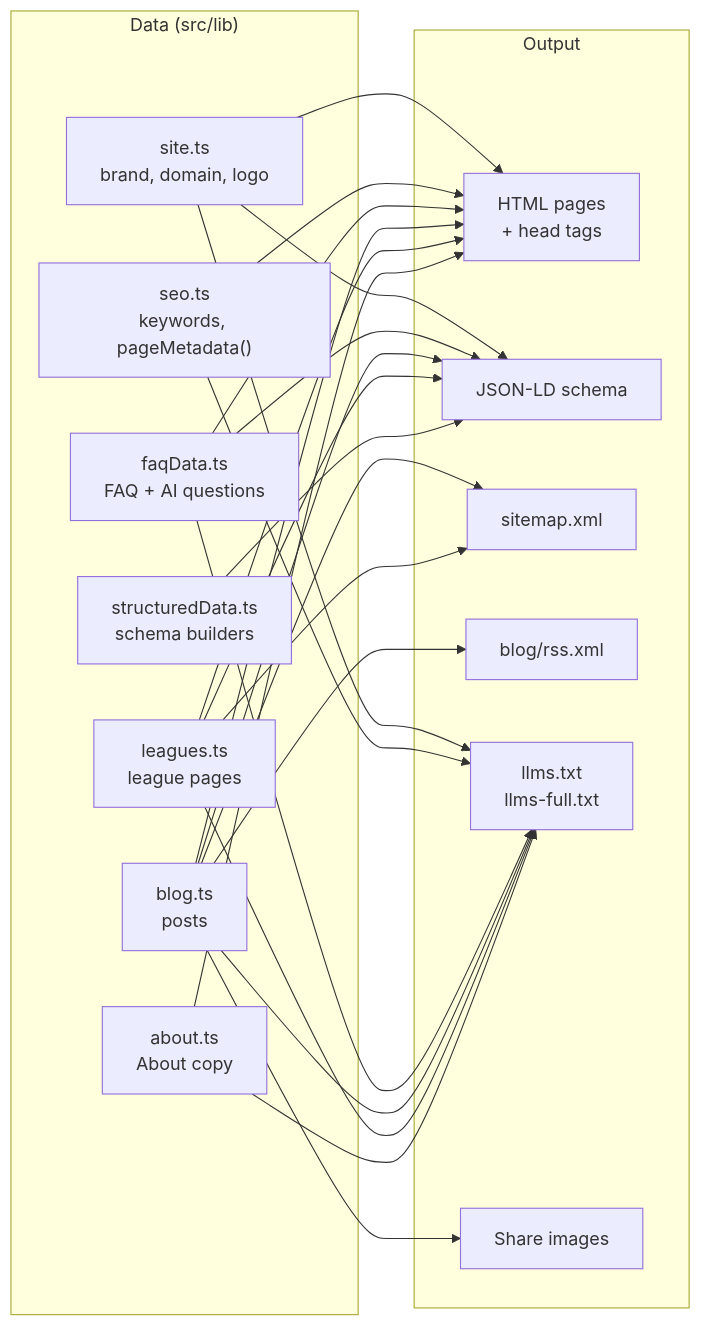
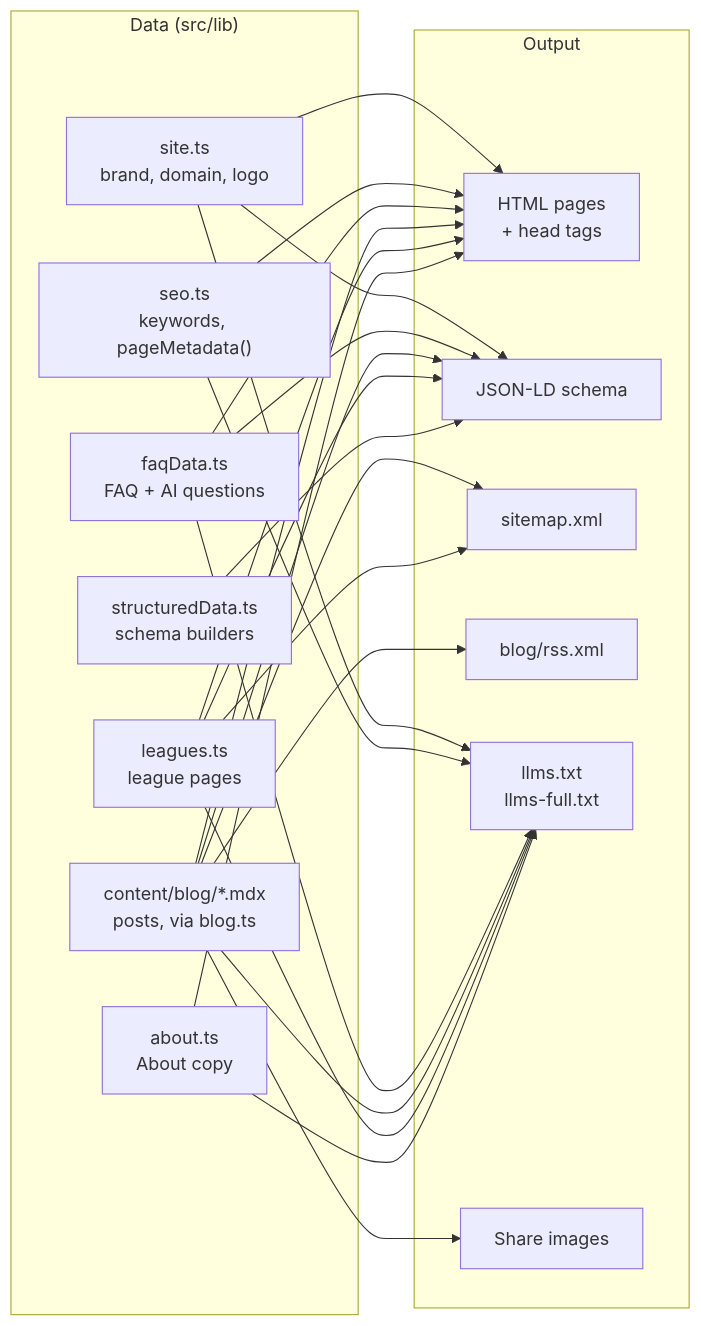
Before and after one commit to statoz-india/statoz-website: the diagram in docs/seo-aeo-geo.md, drawn with Mermaid. The commit also changed other lines of this file and 24 other files, not shown here.

````diff
--- a/docs/seo-aeo-geo.md
+++ b/docs/seo-aeo-geo.md
@@ -32,29 +32,29 @@
 ```mermaid
 flowchart LR
   subgraph Data["Data (src/lib)"]
     site["site.ts<br/>brand, domain, logo"]
     seo["seo.ts<br/>keywords, pageMetadata()"]
     faq["faqData.ts<br/>FAQ + AI questions"]
-    blog["blog.ts<br/>posts"]
+    blog["content/blog/*.mdx<br/>posts, via blog.ts"]
     leagues["leagues.ts<br/>league pages"]
     about["about.ts<br/>About copy"]
     sd["structuredData.ts<br/>schema builders"]
   end
 
   subgraph Out["Output"]
     pages["HTML pages<br/>+ head tags"]
     schema["JSON-LD schema"]
     sitemap["sitemap.xml"]
     rss["blog/rss.xml"]
     llms["llms.txt<br/>llms-full.txt"]
     og["Share images"]
   end
 
   site --> pages & schema & llms
   seo --> pages & llms
   faq --> pages & schema & llms
   blog --> pages & schema & sitemap & rss & llms & og
   leagues --> pages & schema & sitemap & llms
   about --> pages & llms
   sd --> schema
 ```
````
